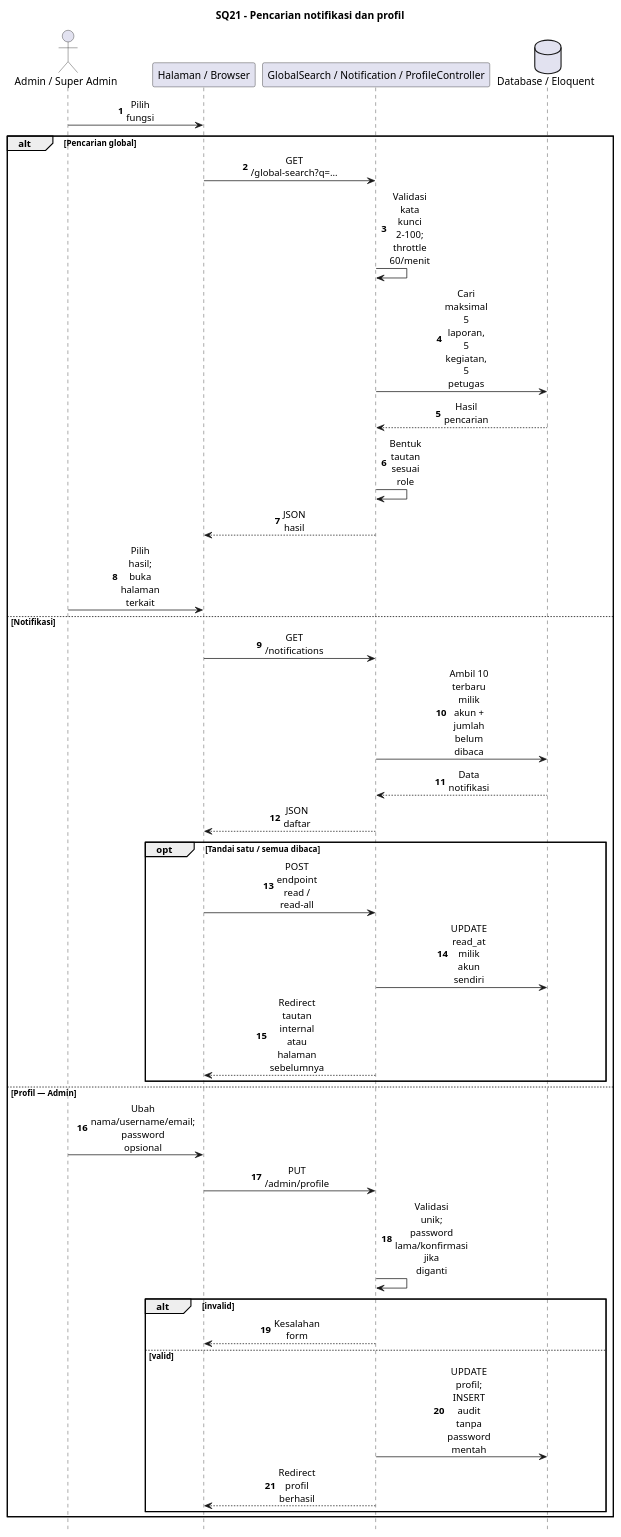
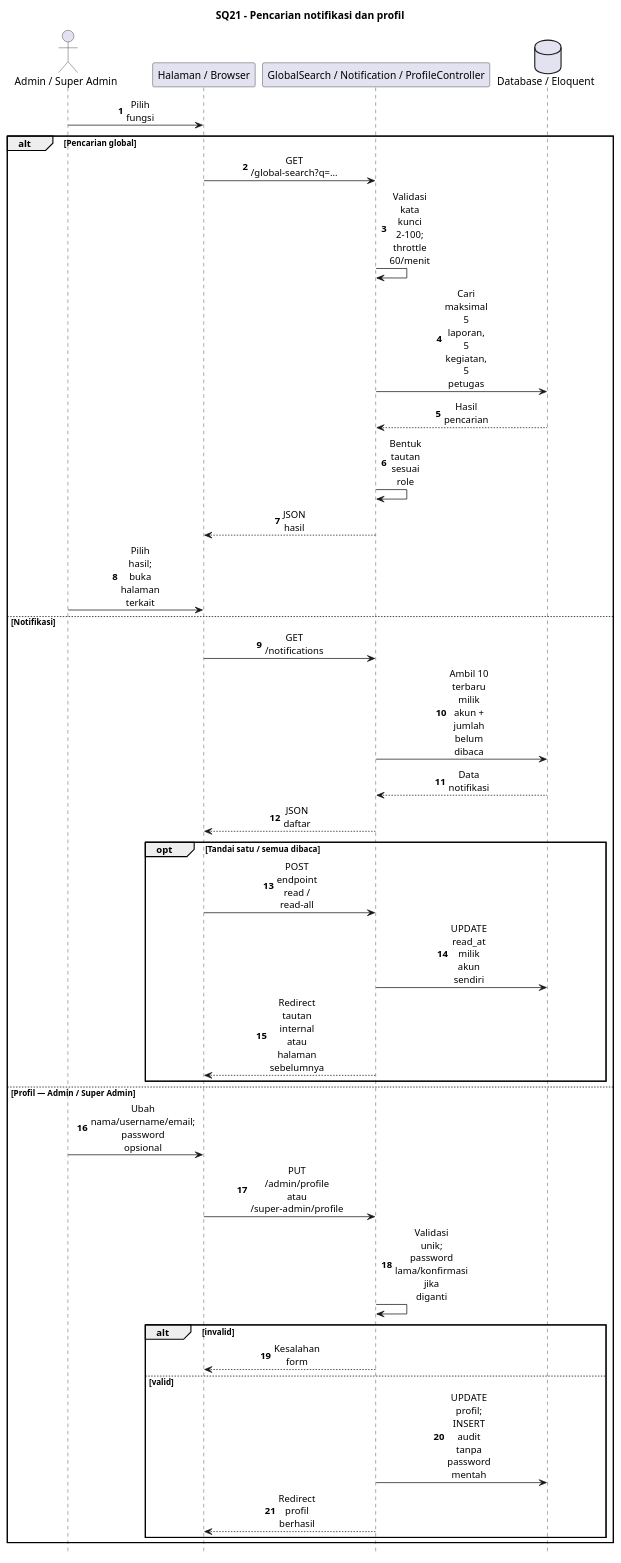
Diagram 21 of 21 in docs/SIPRAJA-sequence.puml (Samuel-smr/Satpolpp), drawn with PlantUML before and after one commit. The commit also changed other lines of this file and 8 other files, not shown here.

Commit message:
Selaraskan diagram dengan implementasi sistem

```diff
--- a/docs/SIPRAJA-sequence.puml
+++ b/docs/SIPRAJA-sequence.puml
@@ -790,42 +796,42 @@
 @startuml SQ21
 title SQ21 - Pencarian notifikasi dan profil
 hide footbox
 skinparam shadowing false
 skinparam sequenceMessageAlign center
 skinparam maxMessageSize 55
 autonumber
 actor "Admin / Super Admin" as A
 participant "Halaman / Browser" as B
 participant "GlobalSearch / Notification / ProfileController" as C
 database "Database / Eloquent" as D
 A -> B : Pilih fungsi
 alt Pencarian global
 B -> C : GET /global-search?q=...
 C -> C : Validasi kata kunci 2–100; throttle 60/menit
 C -> D : Cari maksimal 5 laporan, 5 kegiatan, 5 petugas
 D --> C : Hasil pencarian
 C -> C : Bentuk tautan sesuai role
 C --> B : JSON hasil
 A -> B : Pilih hasil; buka halaman terkait
 else Notifikasi
 B -> C : GET /notifications
 C -> D : Ambil 10 terbaru milik akun + jumlah belum dibaca
 D --> C : Data notifikasi
 C --> B : JSON daftar
 opt Tandai satu / semua dibaca
 B -> C : POST endpoint read / read-all
 C -> D : UPDATE read_at milik akun sendiri
 C --> B : Redirect tautan internal atau halaman sebelumnya
 end
-else Profil — Admin
+else Profil — Admin / Super Admin
 A -> B : Ubah nama/username/email; password opsional
-B -> C : PUT /admin/profile
+B -> C : PUT /admin/profile atau /super-admin/profile
 C -> C : Validasi unik; password lama/konfirmasi jika diganti
 alt invalid
 C --> B : Kesalahan form
 else valid
 C -> D : UPDATE profil; INSERT audit tanpa password mentah
 C --> B : Redirect profil berhasil
 end
 end
 @enduml
```
